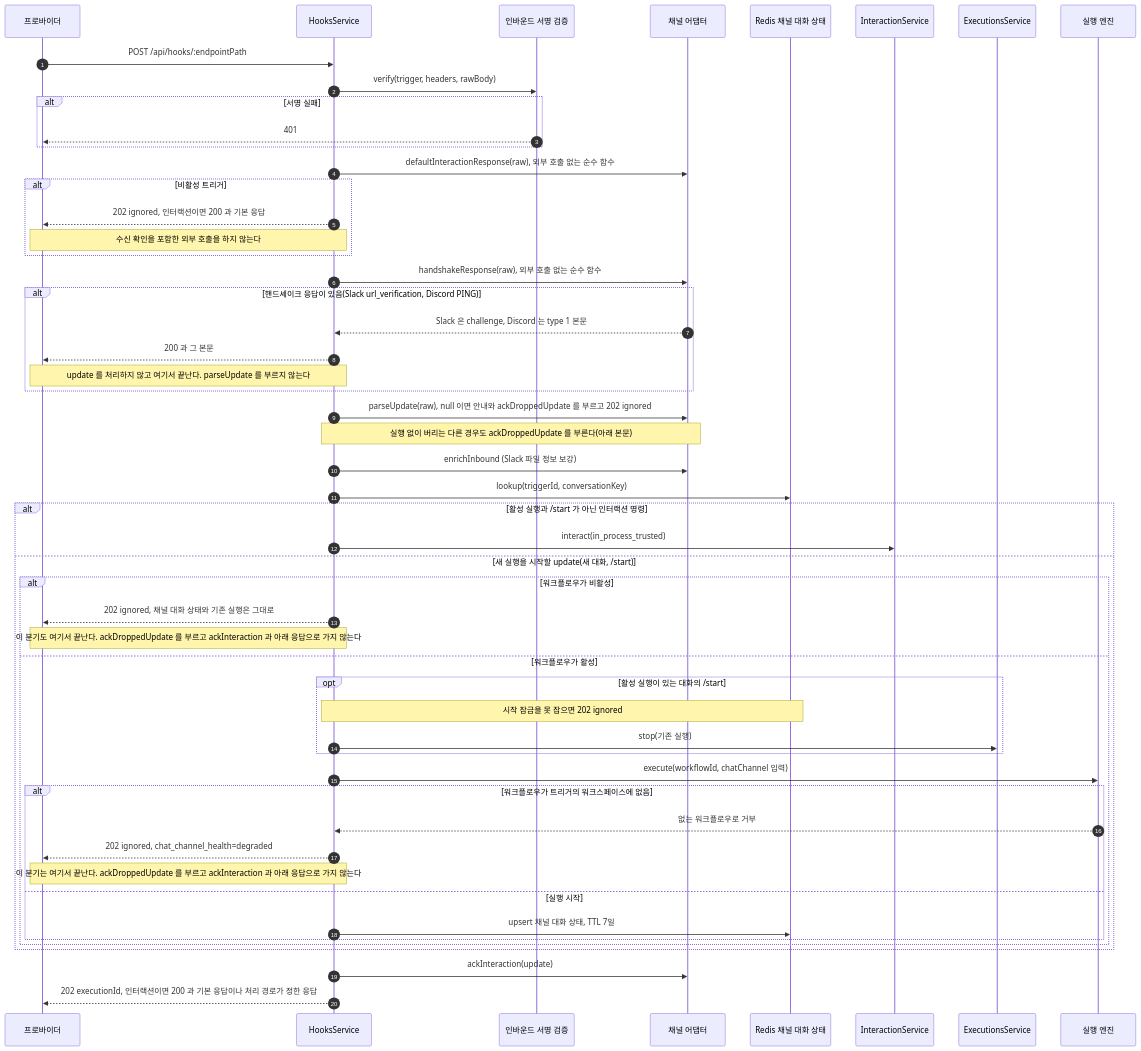
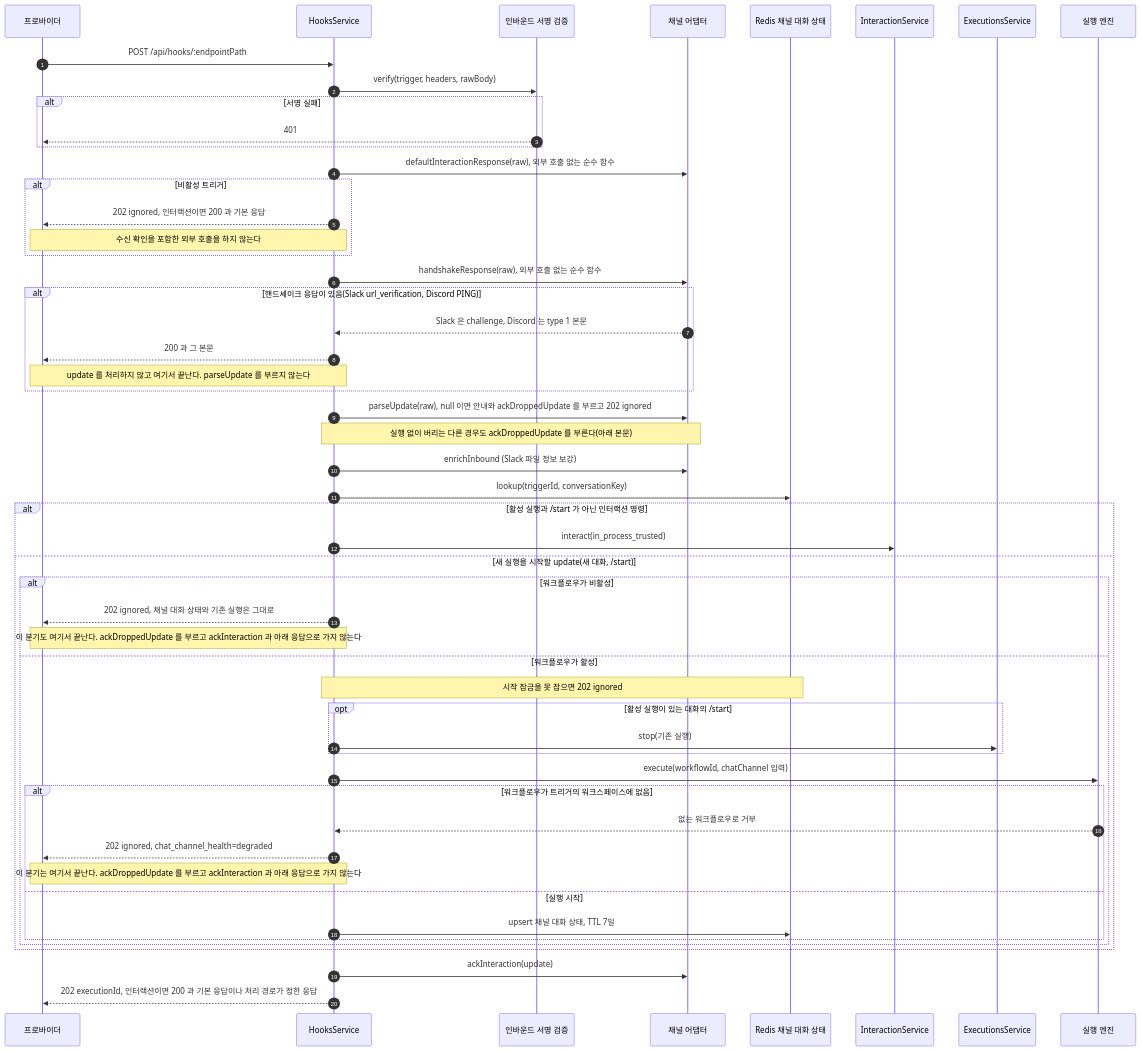
The first of 2 diagrams in spec/CLE-CHAT/CLE-CHAT-DATA-FLOW.md (worker-ants/clemvion), drawn with Mermaid before and after one commit. The commit also changed other lines of this file and 5 other files, not shown here.

````diff
--- a/spec/CLE-CHAT/CLE-CHAT-DATA-FLOW.md
+++ b/spec/CLE-CHAT/CLE-CHAT-DATA-FLOW.md
@@ -27,55 +27,55 @@
 ```mermaid
 sequenceDiagram
   autonumber
   participant Ext as 프로바이더
   participant Hk as HooksService
   participant Auth as 인바운드 서명 검증
   participant Ad as 채널 어댑터
   participant R as Redis 채널 대화 상태
   participant Int as InteractionService
   participant X as ExecutionsService
   participant Eng as 실행 엔진
   Ext->>Hk: POST /api/hooks/:endpointPath
   Hk->>Auth: verify(trigger, headers, rawBody)
   alt 서명 실패
     Auth-->>Ext: 401
   end
   Hk->>Ad: defaultInteractionResponse(raw), 외부 호출 없는 순수 함수
   alt 비활성 트리거
     Hk-->>Ext: 202 ignored, 인터랙션이면 200 과 기본 응답
     Note over Hk,Ext: 수신 확인을 포함한 외부 호출을 하지 않는다
   end
   Hk->>Ad: handshakeResponse(raw), 외부 호출 없는 순수 함수
   alt 핸드셰이크 응답이 있음(Slack url_verification, Discord PING)
     Ad-->>Hk: Slack 은 challenge, Discord 는 type 1 본문
     Hk-->>Ext: 200 과 그 본문
     Note over Hk,Ext: update 를 처리하지 않고 여기서 끝난다. parseUpdate 를 부르지 않는다
   end
   Hk->>Ad: parseUpdate(raw), null 이면 안내와 ackDroppedUpdate 를 부르고 202 ignored
   Note over Hk,Ad: 실행 없이 버리는 다른 경우도 ackDroppedUpdate 를 부른다(아래 본문)
   Hk->>Ad: enrichInbound (Slack 파일 정보 보강)
   Hk->>R: lookup(triggerId, conversationKey)
   alt 활성 실행과 /start 가 아닌 인터랙션 명령
     Hk->>Int: interact(in_process_trusted)
   else 새 실행을 시작할 update(새 대화, /start)
     alt 워크플로우가 비활성
       Hk-->>Ext: 202 ignored, 채널 대화 상태와 기존 실행은 그대로
       Note over Hk,Ext: 이 분기도 여기서 끝난다. ackDroppedUpdate 를 부르고 ackInteraction 과 아래 응답으로 가지 않는다
     else 워크플로우가 활성
+      Note over Hk,R: 시작 잠금을 못 잡으면 202 ignored
       opt 활성 실행이 있는 대화의 /start
-        Note over Hk,R: 시작 잠금을 못 잡으면 202 ignored
         Hk->>X: stop(기존 실행)
       end
       Hk->>Eng: execute(workflowId, chatChannel 입력)
       alt 워크플로우가 트리거의 워크스페이스에 없음
         Eng-->>Hk: 없는 워크플로우로 거부
         Hk-->>Ext: 202 ignored, chat_channel_health=degraded
         Note over Hk,Ext: 이 분기는 여기서 끝난다. ackDroppedUpdate 를 부르고 ackInteraction 과 아래 응답으로 가지 않는다
       else 실행 시작
         Hk->>R: upsert 채널 대화 상태, TTL 7일
       end
     end
   end
   Hk->>Ad: ackInteraction(update)
   Hk-->>Ext: 202 executionId, 인터랙션이면 200 과 기본 응답이나 처리 경로가 정한 응답
 ```
````
